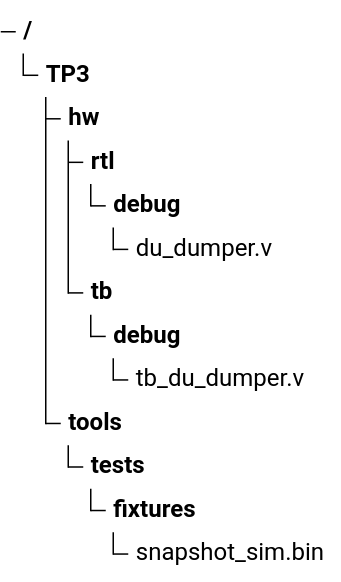
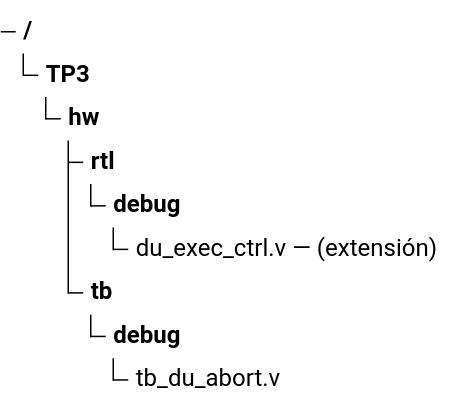
Before and after one commit to nicopinera/tps-arqui: diagram 32 of 47 in docs/PRD-pipeline-riscv.md, drawn with Mermaid. The commit also changed other lines of this file and 15 other files, not shown here.

````diff
--- a/docs/PRD-pipeline-riscv.md
+++ b/docs/PRD-pipeline-riscv.md
@@ -1590,15 +1657,11 @@
 ```mermaid
 treeView-beta
     "TP3/"
         "hw/"
             "rtl/"
                 "debug/"
-                    "du_dumper.v"
+                    "du_exec_ctrl.v — (extensión)"
             "tb/"
                 "debug/"
-                    "tb_du_dumper.v"
-        "tools/"
-            "tests/"
-                "fixtures/"
-                    "snapshot_sim.bin"
+                    "tb_du_abort.v"
 ```
````
